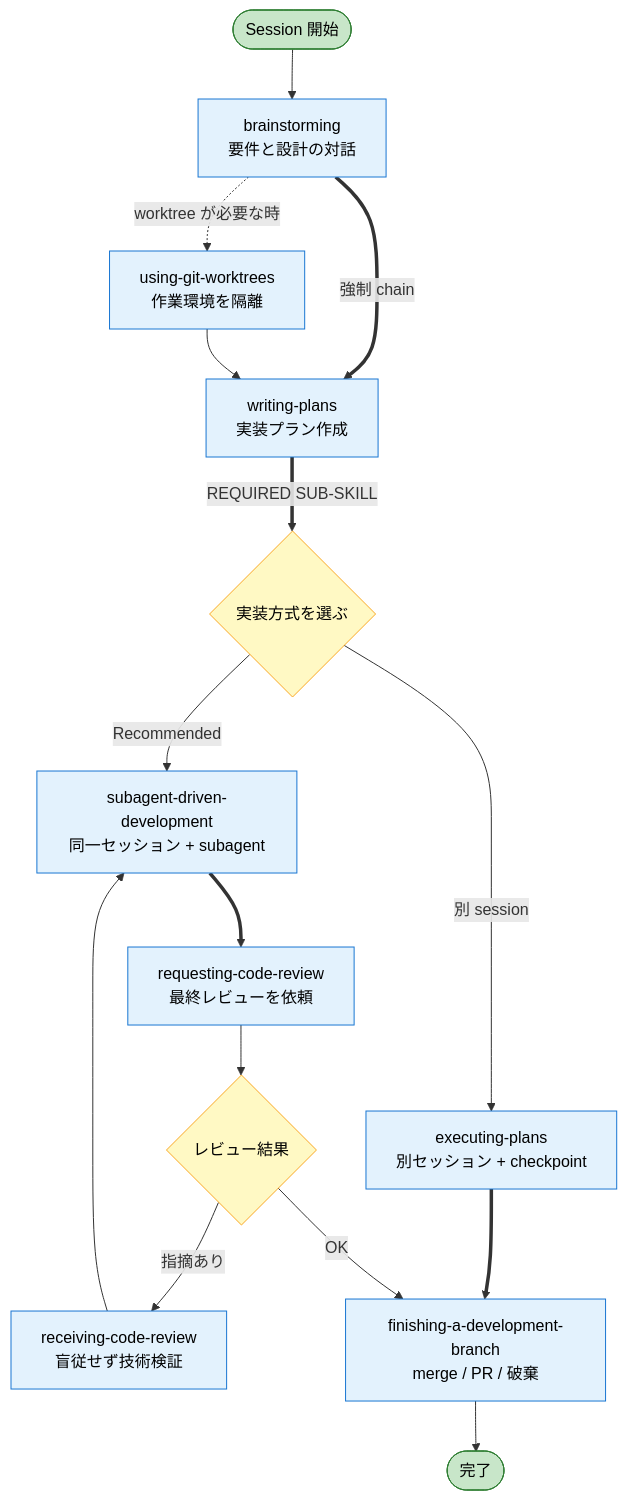
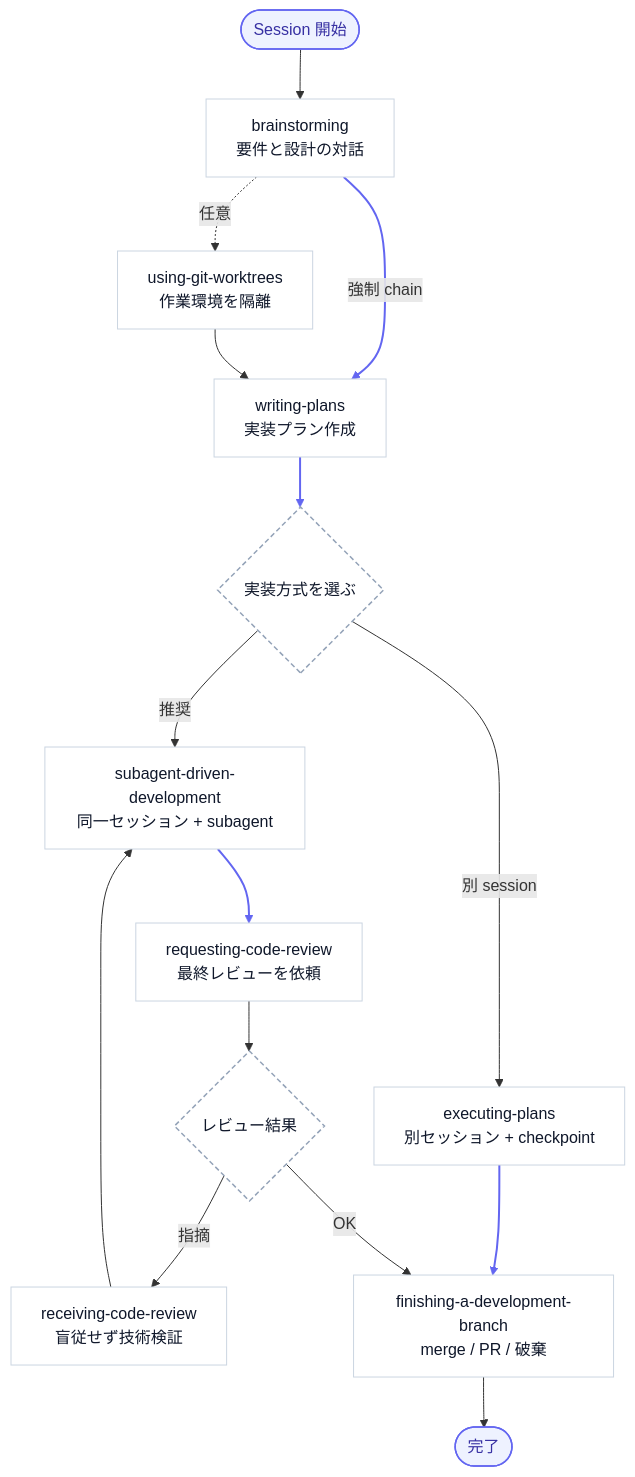
The first of 3 diagrams in dot-claude/docs/superpowers/flowchart.md (yasainet/dotfiles), drawn with Mermaid before and after one commit. The commit also changed other lines of this file, not shown here.

First line of the commit message:
style(claude): superpowers flowchart にモダンでミニマルなデザインを適用

````diff
--- a/dot-claude/docs/superpowers/flowchart.md
+++ b/dot-claude/docs/superpowers/flowchart.md
@@ -5,37 +5,45 @@
 ```mermaid
+%%{init: {'theme':'base', 'themeVariables': {
+  'fontFamily': 'ui-sans-serif, -apple-system, BlinkMacSystemFont, "Segoe UI", sans-serif',
+  'fontSize': '14px',
+  'lineColor': '#94a3b8',
+  'edgeLabelBackground': '#ffffff'
+}}}%%
 flowchart TD
     START([Session 開始])
     B[brainstorming<br/>要件と設計の対話]
     GW[using-git-worktrees<br/>作業環境を隔離]
     WP[writing-plans<br/>実装プラン作成]
     CH{実装方式を選ぶ}
     SDD[subagent-driven-development<br/>同一セッション + subagent]
     EP[executing-plans<br/>別セッション + checkpoint]
     RCR[requesting-code-review<br/>最終レビューを依頼]
     JG{レビュー結果}
     RVC[receiving-code-review<br/>盲従せず技術検証]
     FIN[finishing-a-development-branch<br/>merge / PR / 破棄]
     END([完了])
 
     START --> B
-    B -.worktree が必要な時.-> GW
+    B -.任意.-> GW
     B ==>|強制 chain| WP
     GW --> WP
-    WP ==>|REQUIRED SUB-SKILL| CH
-    CH -->|Recommended| SDD
+    WP ==> CH
+    CH -->|推奨| SDD
     CH -->|別 session| EP
     SDD ==> RCR
     EP ==> FIN
     RCR --> JG
-    JG -->|指摘あり| RVC
+    JG -->|指摘| RVC
     RVC --> SDD
     JG -->|OK| FIN
     FIN --> END
 
-    classDef workflow fill:#e3f2fd,stroke:#1976d2,color:#000
-    classDef terminal fill:#c8e6c9,stroke:#2e7d32,color:#000
-    classDef choice fill:#fff9c4,stroke:#f9a825,color:#000
-    class B,GW,WP,SDD,EP,RCR,RVC,FIN workflow
+    linkStyle 2,4,7,8 stroke:#6366f1,stroke-width:2px
+
+    classDef skill fill:#ffffff,stroke:#cbd5e1,stroke-width:1px,color:#0f172a
+    classDef terminal fill:#eef2ff,stroke:#6366f1,stroke-width:1.5px,color:#3730a3
+    classDef choice fill:#ffffff,stroke:#94a3b8,stroke-width:1.5px,stroke-dasharray:5 3,color:#0f172a
+    class B,GW,WP,SDD,EP,RCR,RVC,FIN skill
     class START,END terminal
     class CH,JG choice
 ```
````
